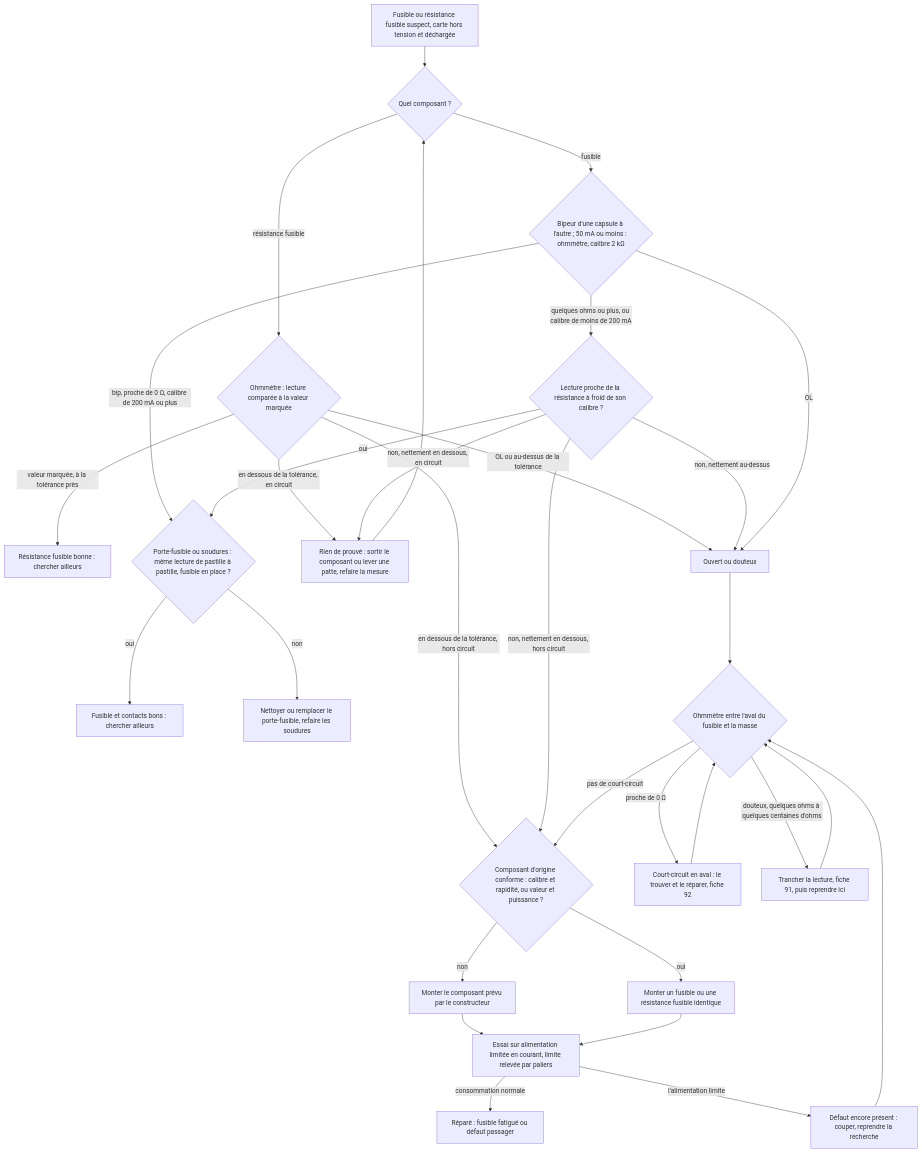
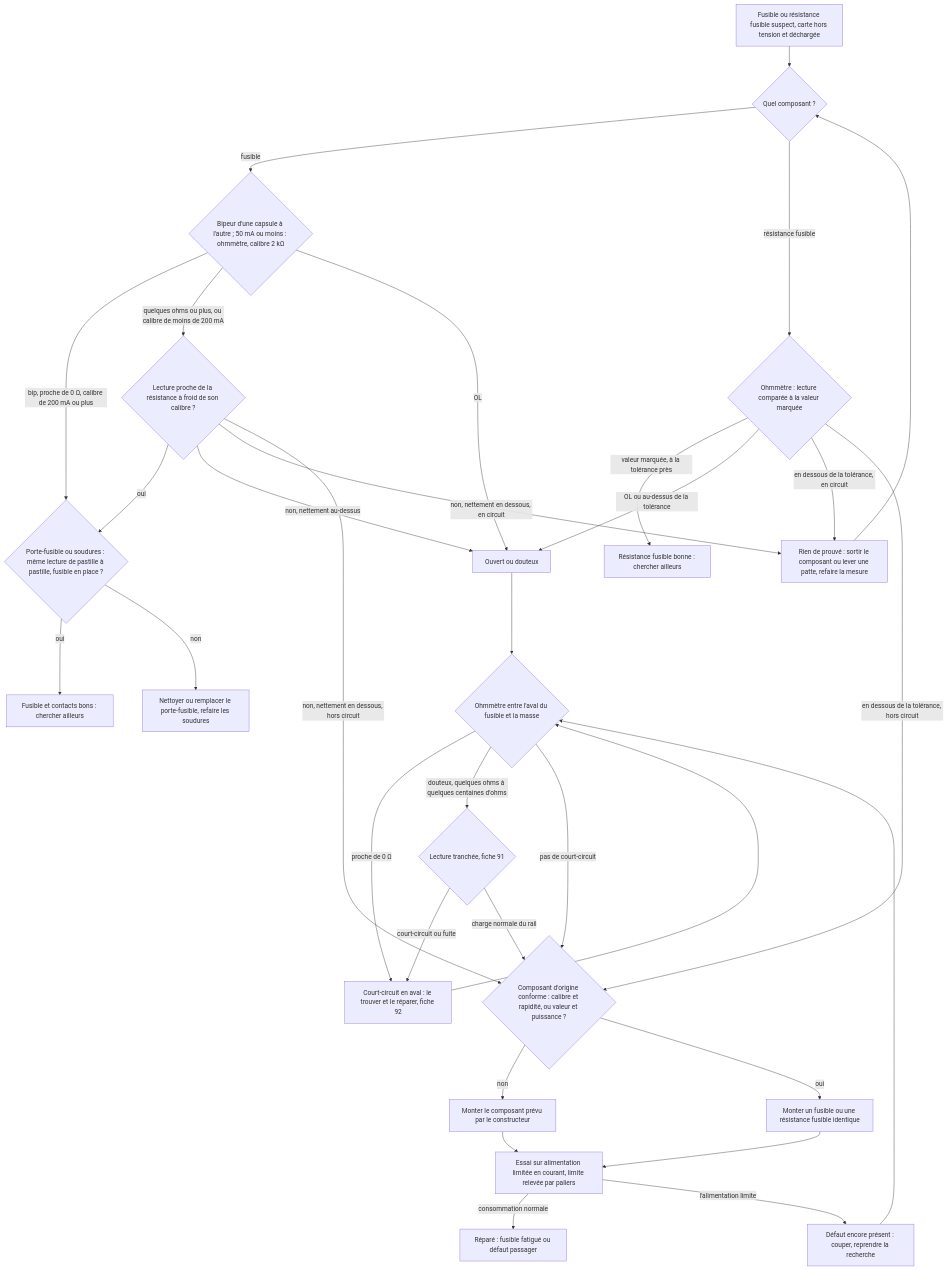
Before and after one commit to benoit-bremaud/ohm-sweet-ohm: the diagram in troubleshooting/13_fusible/README.md, drawn with Mermaid. The commit also changed other lines of this file and 9 other files, not shown here.

````diff
--- a/troubleshooting/13_fusible/README.md
+++ b/troubleshooting/13_fusible/README.md
@@ -184,33 +184,34 @@
 ```mermaid
 flowchart TD
   A[Fusible ou résistance fusible suspect, carte hors tension et déchargée] --> T{Quel composant ?}
   T -- fusible --> B{Bipeur d'une capsule à l'autre ; 50 mA ou moins : ohmmètre, calibre 2 kΩ}
   T -- résistance fusible --> U{Ohmmètre : lecture comparée à la valeur marquée}
   U -- valeur marquée, à la tolérance près --> V[Résistance fusible bonne : chercher ailleurs]
   U -- OL ou au-dessus de la tolérance --> G
   U -- en dessous de la tolérance, en circuit --> P
   U -- en dessous de la tolérance, hors circuit --> J
   B -- bip, proche de 0 Ω, calibre de 200 mA ou plus --> C{Porte-fusible ou soudures : même lecture de pastille à pastille, fusible en place ?}
   C -- oui --> D[Fusible et contacts bons : chercher ailleurs]
   C -- non --> E[Nettoyer ou remplacer le porte-fusible, refaire les soudures]
   B -- quelques ohms ou plus, ou calibre de moins de 200 mA --> F{Lecture proche de la résistance à froid de son calibre ?}
   F -- oui --> C
   F -- non, nettement au-dessus --> G[Ouvert ou douteux]
   F -- non, nettement en dessous, en circuit --> P[Rien de prouvé : sortir le composant ou lever une patte, refaire la mesure]
   P --> T
   F -- non, nettement en dessous, hors circuit --> J
   B -- OL --> G
   G --> H{Ohmmètre entre l'aval du fusible et la masse}
   H -- proche de 0 Ω --> I[Court-circuit en aval : le trouver et le réparer, fiche 92]
   I --> H
-  H -- douteux, quelques ohms à quelques centaines d'ohms --> W[Trancher la lecture, fiche 91, puis reprendre ici]
-  W --> H
+  H -- douteux, quelques ohms à quelques centaines d'ohms --> W{Lecture tranchée, fiche 91}
+  W -- court-circuit ou fuite --> I
+  W -- charge normale du rail --> J
   H -- pas de court-circuit --> J{Composant d'origine conforme : calibre et rapidité, ou valeur et puissance ?}
   J -- non --> K[Monter le composant prévu par le constructeur]
   J -- oui --> L[Monter un fusible ou une résistance fusible identique]
   K --> M[Essai sur alimentation limitée en courant, limite relevée par paliers]
   L --> M
   M -- consommation normale --> N[Réparé : fusible fatigué ou défaut passager]
   M -- l'alimentation limite --> O[Défaut encore présent : couper, reprendre la recherche]
   O --> H
 ```
````
